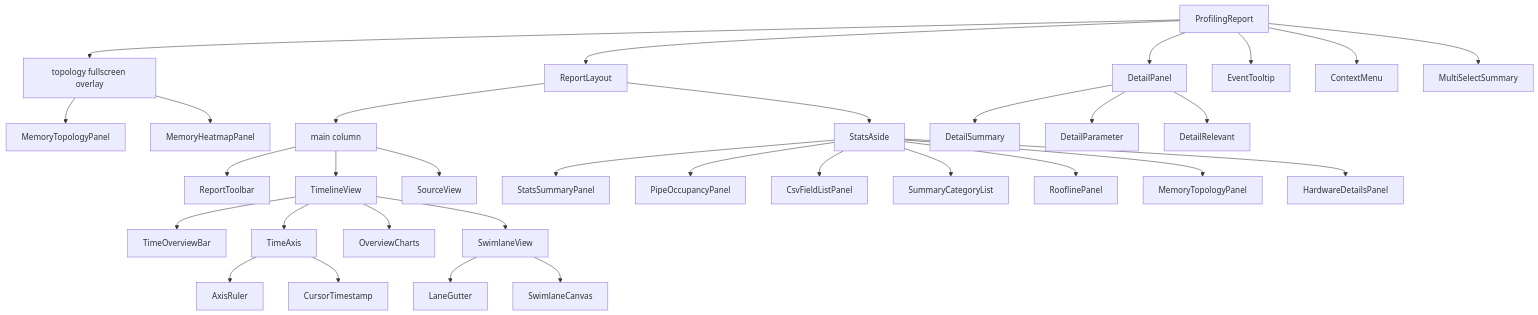
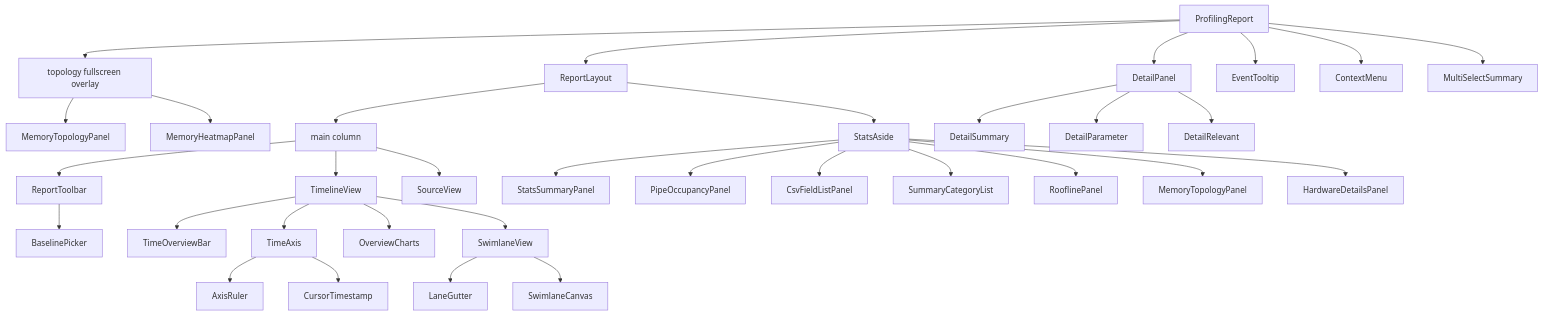
The diagram in src/ui/COMPONENT_TREE.md (IdeFrontend/profiling-report), drawn with Mermaid before and after one commit. The commit also changed other lines of this file and 41 other files, not shown here.

First line of the commit message:
feat: baseline comparison picker with report checkboxes and aside dropdowns

````diff
--- a/src/ui/COMPONENT_TREE.md
+++ b/src/ui/COMPONENT_TREE.md
@@ -9,35 +9,36 @@
 ```mermaid
 flowchart TB
   root[ProfilingReport]
   root --> layout[ReportLayout]
   root --> topoFs[topology fullscreen overlay]
   root --> detail[DetailPanel]
   root --> tip[EventTooltip]
   root --> menu[ContextMenu]
   root --> multi[MultiSelectSummary]
   topoFs --> memFs[MemoryTopologyPanel]
   topoFs --> heatFs[MemoryHeatmapPanel]
   layout --> mainCol[main column]
   layout --> aside[StatsAside]
   mainCol --> toolbar[ReportToolbar]
+  toolbar --> baselinePicker[BaselinePicker]
   mainCol --> timeline[TimelineView]
   mainCol --> sourceView[SourceView]
   timeline --> overviewBar[TimeOverviewBar]
   timeline --> timeAxis[TimeAxis]
   timeAxis --> ruler[AxisRuler]
   timeAxis --> cursor[CursorTimestamp]
   timeline --> overviewCharts[OverviewCharts]
   timeline --> swim[SwimlaneView]
   swim --> gutter[LaneGutter]
   swim --> canvas[SwimlaneCanvas]
   aside --> summary[StatsSummaryPanel]
   aside --> pipe[PipeOccupancyPanel]
   aside --> csv[CsvFieldListPanel]
   aside --> summ[SummaryCategoryList]
   aside --> roof[RooflinePanel]
   aside --> mem[MemoryTopologyPanel]
   aside --> hw[HardwareDetailsPanel]
   detail --> dsum[DetailSummary]
   detail --> dparam[DetailParameter]
   detail --> drel[DetailRelevant]
 ```
````
